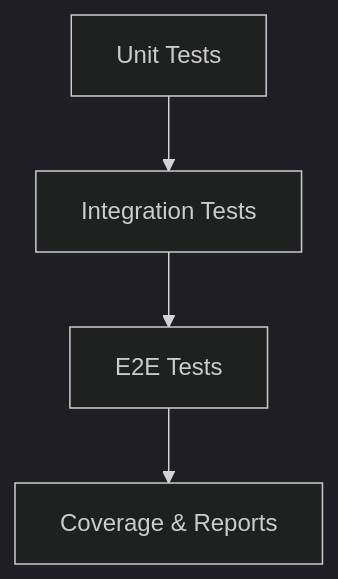
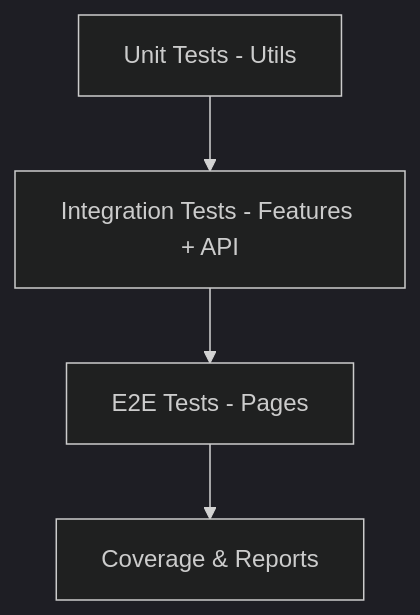
The second of 4 diagrams in README.md (imeshinnovation/million-frontend), drawn with Mermaid (dark theme) before and after one commit. The commit also changed other lines of this file, not shown here.

````diff
--- a/README.md
+++ b/README.md
@@ -77,6 +72,6 @@
 ```mermaid
 graph TD
-  A[Unit Tests] --> B[Integration Tests]
-  B --> C[E2E Tests]
+  A[Unit Tests - Utils] --> B[Integration Tests - Features + API]
+  B --> C[E2E Tests - Pages]
   C --> D[Coverage & Reports]
 ```
````
